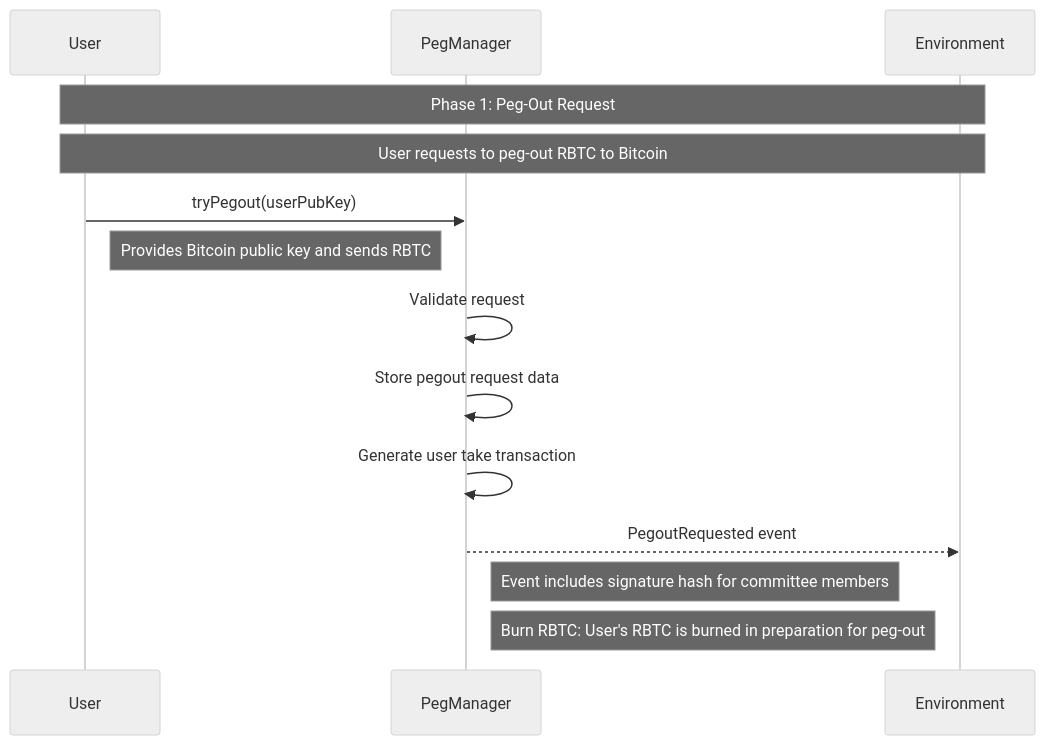
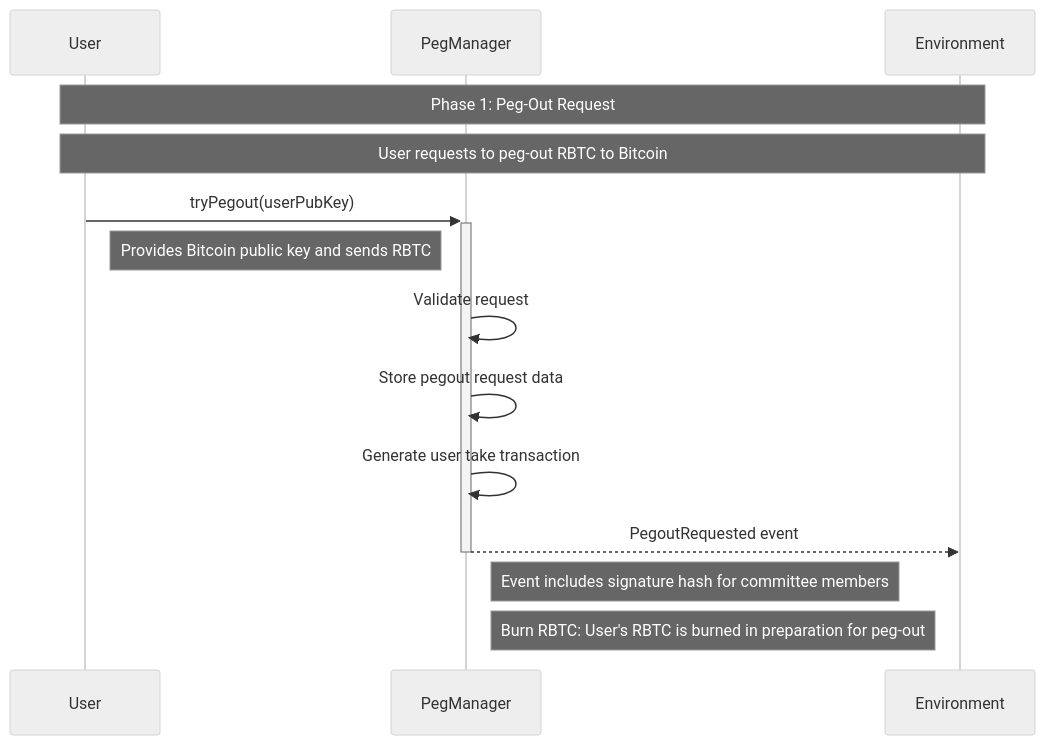
Before and after one commit to rsksmart/union-bridge-contracts: the eighth of 12 diagrams in README.md, drawn with Mermaid (neutral theme). The commit also changed other lines of this file, not shown here.

Commit message:
Add Table of contents and architecture to README

````diff
--- a/README.md
+++ b/README.md
@@ -285,18 +424,18 @@
 ```mermaid
 sequenceDiagram
     participant U as User
     participant PM as PegManager
     participant ENV as Environment
 
     Note over U,ENV: Phase 1: Peg-Out Request
     Note over U,ENV: User requests to peg-out RBTC to Bitcoin
 
-    U->>PM: tryPegout(userPubKey)
+    U->>+PM: tryPegout(userPubKey)
     Note right of U: Provides Bitcoin public key and sends RBTC
     PM->>PM: Validate request
     PM->>PM: Store pegout request data
     PM->>PM: Generate user take transaction
-    PM-->>ENV: PegoutRequested event
+    PM-->>-ENV: PegoutRequested event
     Note right of PM: Event includes signature hash for committee members
     Note right of PM: Burn RBTC: User's RBTC is burned in preparation for peg-out
 ```
````
